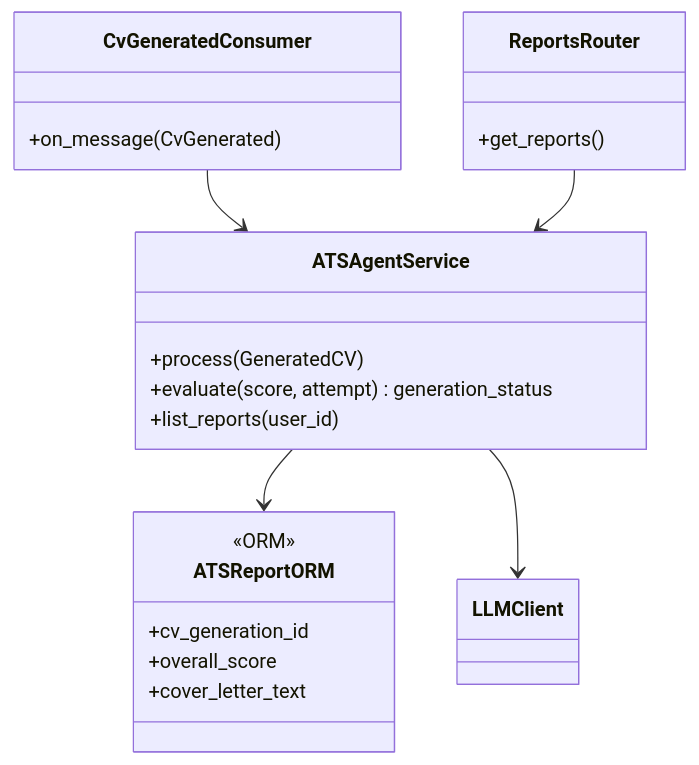
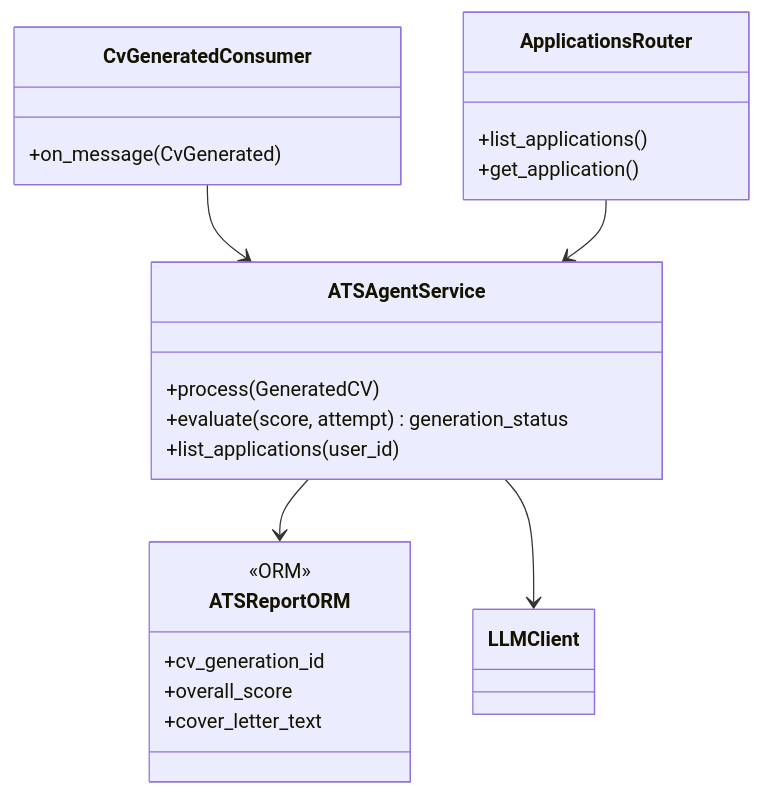
Before and after one commit to Tooltu-deve/Autonomous-Career-Agent: the seventh of 9 diagrams in docs/CLASS_DIAGRAM.md, drawn with Mermaid. The commit also changed other lines of this file and 3 other files, not shown here.

Commit message:
feat(gateway): route /applications to ats-agent-service, drop dead /reports route per API_CONTRACT

````diff
--- a/docs/CLASS_DIAGRAM.md
+++ b/docs/CLASS_DIAGRAM.md
@@ -209,24 +209,25 @@
 ```mermaid
 classDiagram
     class CvGeneratedConsumer {
         +on_message(CvGenerated)
     }
-    class ReportsRouter {
-        +get_reports()
+    class ApplicationsRouter {
+        +list_applications()
+        +get_application()
     }
     class ATSAgentService {
         +process(GeneratedCV)
         +evaluate(score, attempt) generation_status
-        +list_reports(user_id)
+        +list_applications(user_id)
     }
     class ATSReportORM {
         <<ORM>>
         +cv_generation_id
         +overall_score
         +cover_letter_text
     }
     CvGeneratedConsumer --> ATSAgentService
-    ReportsRouter --> ATSAgentService
+    ApplicationsRouter --> ATSAgentService
     ATSAgentService --> ATSReportORM
     ATSAgentService --> LLMClient
 ```
````
